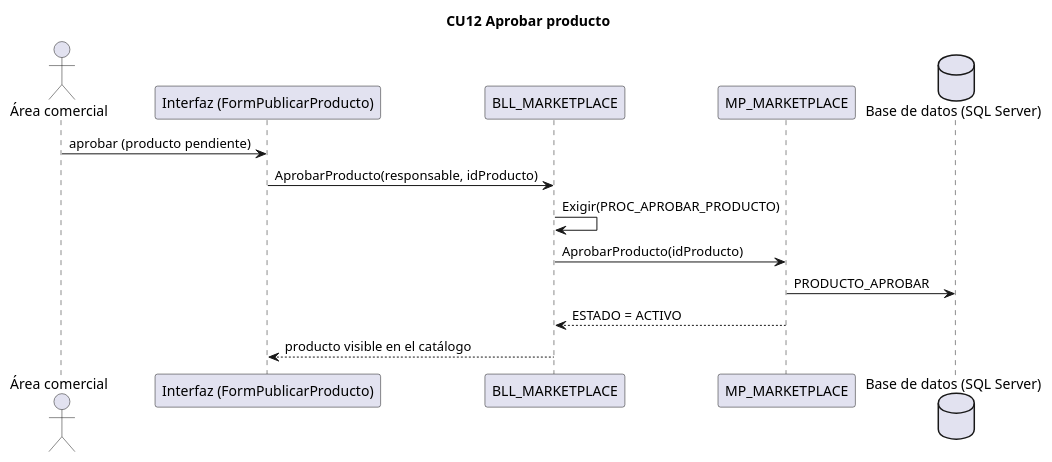
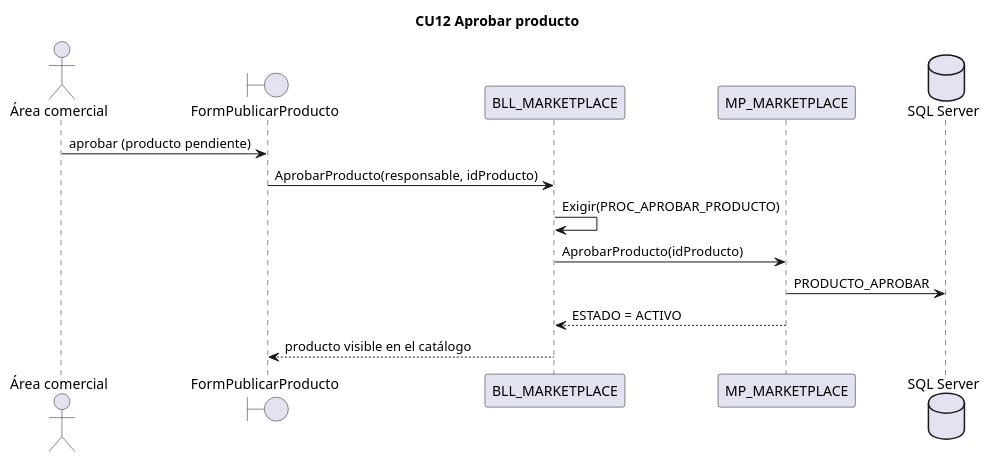
The diagram in docs/diagramas/secuencias/CU12_aprobar_producto.puml (L-Muniz/uai-diploma_2026), drawn with PlantUML before and after one commit. The commit also changed 36 other files, not shown here.

Commit message:
Docs: secuencias con símbolos de interfaz (boundary) y base de datos (database) de PlantUML

```diff
--- a/docs/diagramas/secuencias/CU12_aprobar_producto.puml
+++ b/docs/diagramas/secuencias/CU12_aprobar_producto.puml
@@ -1,15 +1,15 @@
 @startuml CU12
 title CU12 Aprobar producto
 actor "Área comercial" as Area
-participant "Interfaz (FormPublicarProducto)" as IU
+boundary "FormPublicarProducto" as IU
 participant "BLL_MARKETPLACE" as BLL
 participant "MP_MARKETPLACE" as DAL
-database "Base de datos (SQL Server)" as BD
+database "SQL Server" as BD
 Area -> IU : aprobar (producto pendiente)
 IU -> BLL : AprobarProducto(responsable, idProducto)
 BLL -> BLL : Exigir(PROC_APROBAR_PRODUCTO)
 BLL -> DAL : AprobarProducto(idProducto)
 DAL -> BD : PRODUCTO_APROBAR
 DAL --> BLL : ESTADO = ACTIVO
 BLL --> IU : producto visible en el catálogo
 @enduml
```
